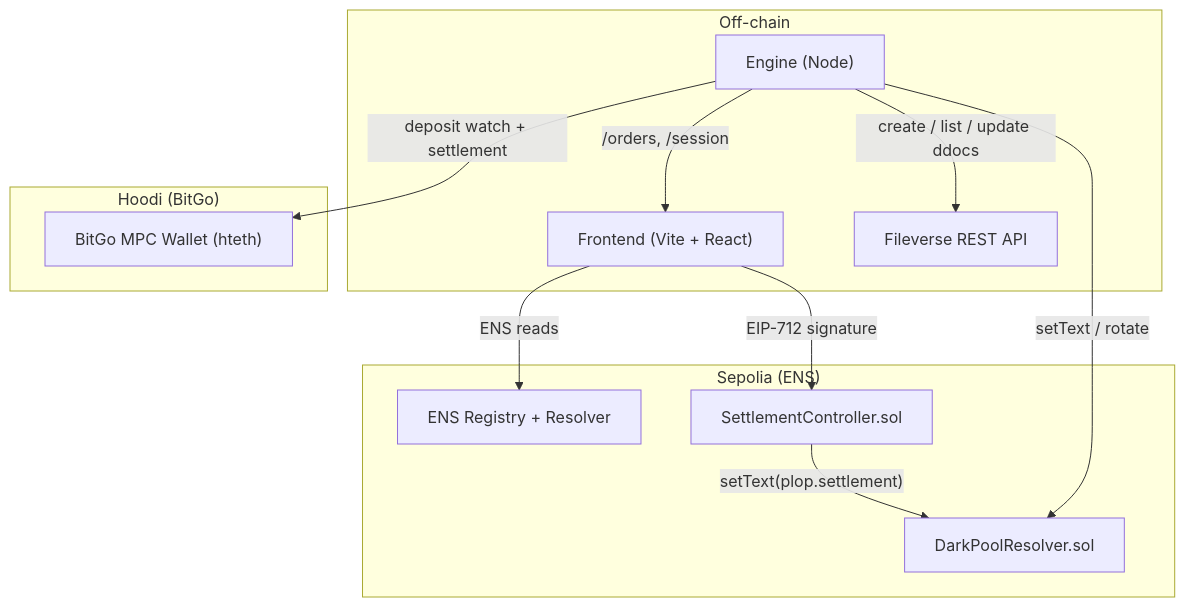
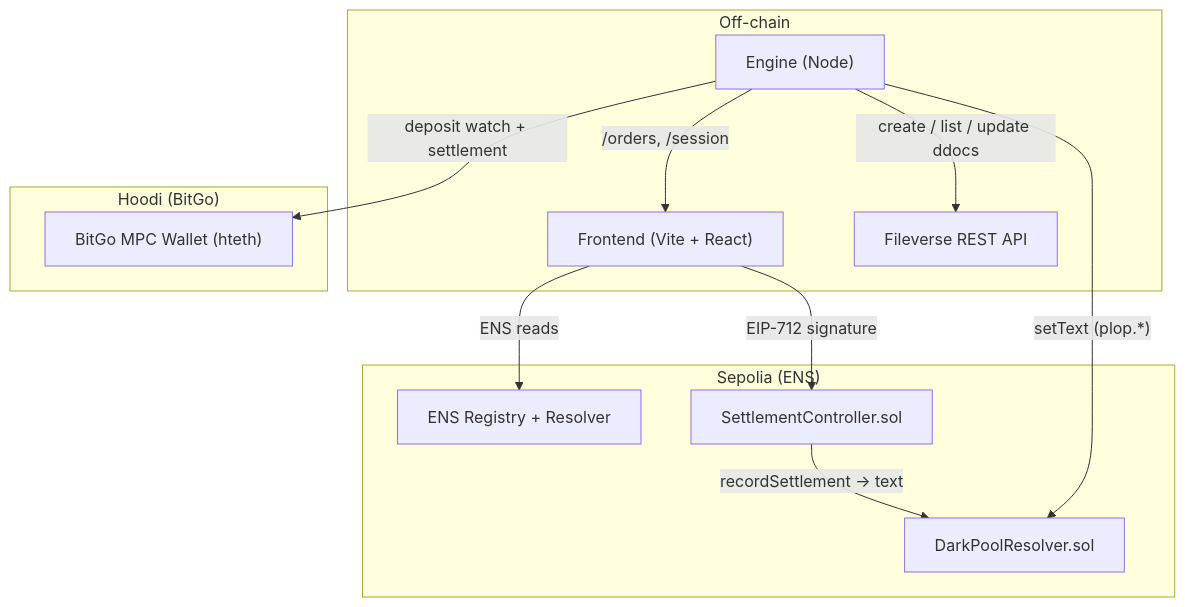
The first of 2 diagrams in README.md (juSt-jeLLy/PLOP), drawn with Mermaid before and after one commit. The commit also changed other lines of this file and 8 other files, not shown here.

Commit message:
Remove ENS address fallback and update session flow

````diff
--- a/README.md
+++ b/README.md
@@ -44,26 +44,26 @@
 ```mermaid
 graph TD
   subgraph "Sepolia (ENS)"
     ENS["ENS Registry + Resolver"]
     DPR["DarkPoolResolver.sol"]
     SC["SettlementController.sol"]
   end
 
   subgraph "Off-chain"
     UI["Frontend (Vite + React)"]
     ENG["Engine (Node)"]
     FV["Fileverse REST API"]
   end
 
   subgraph "Hoodi (BitGo)"
     BG["BitGo MPC Wallet (hteth)"]
   end
 
   UI -->|"ENS reads"| ENS
   UI -->|"EIP-712 signature"| SC
-  ENG -->|"setText / rotate"| DPR
-  SC -->|"setText(plop.settlement)"| DPR
+  ENG -->|"setText (plop.*)"| DPR
+  SC -->|"recordSettlement → text"| DPR
   ENG -->|"create / list / update ddocs"| FV
   ENG -->|"deposit watch + settlement"| BG
   ENG -->|" /orders, /session "| UI
 ```
````
